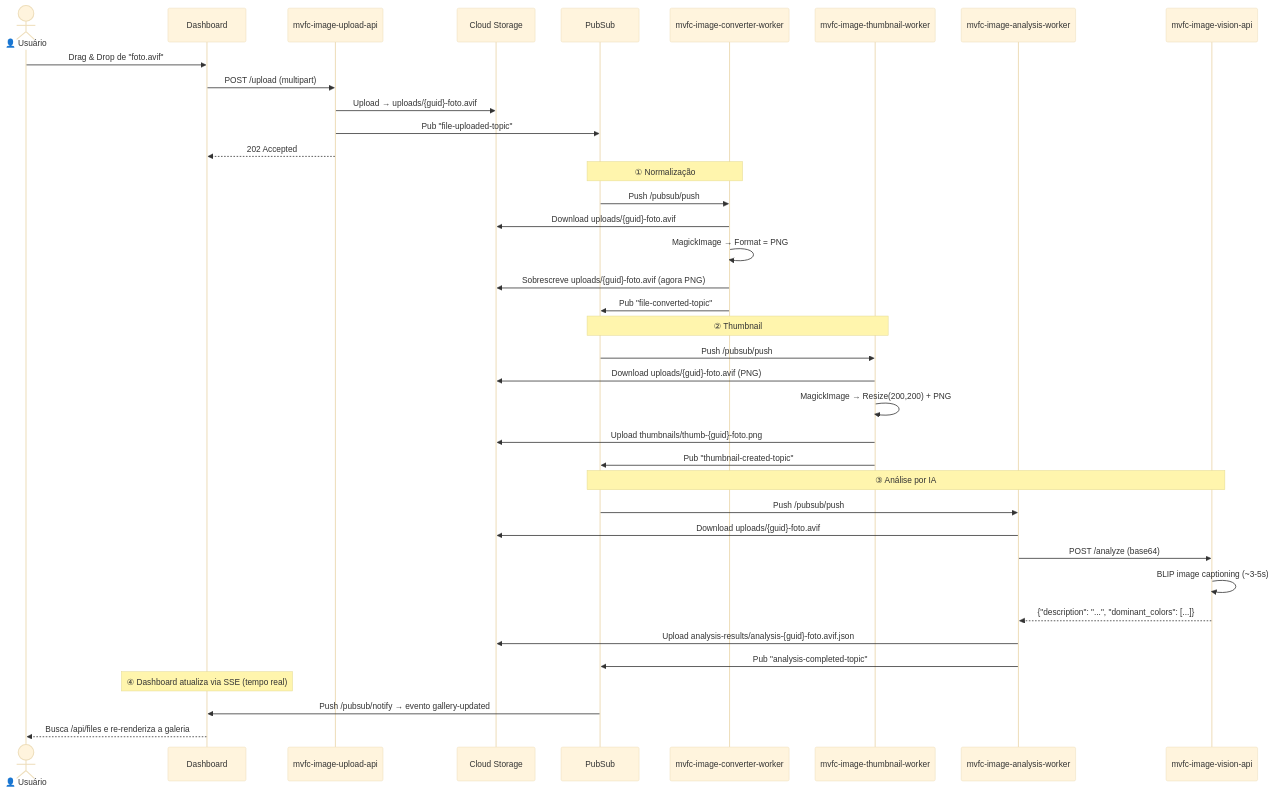
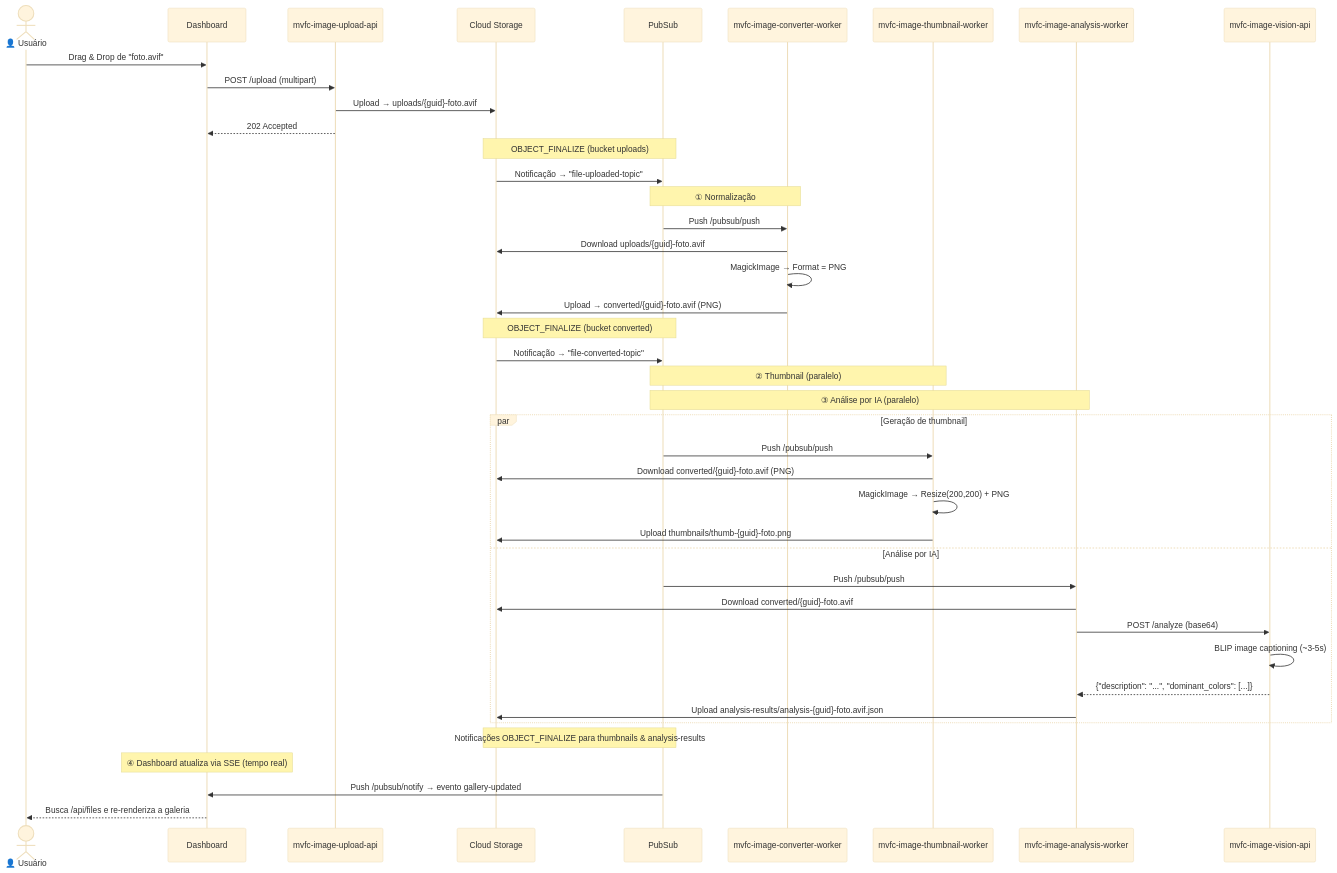
One commit to Marcus-V-Freitas/MVFC.ImageProcessing changed the second of 6 diagrams in README.pt-BR.md. Above: the diagram before and after it, drawn with Mermaid (base theme). The commit also changed other lines of this file and 48 other files, not shown here.

First line of the commit message:
feat(architecture): migrate pipeline to GCS Object Notifications

````diff
--- a/README.pt-BR.md
+++ b/README.pt-BR.md
@@ -132,48 +138,53 @@
 ```mermaid
 sequenceDiagram
     actor U as 👤 Usuário
     participant D as Dashboard
     participant API as mvfc-image-upload-api
     participant GCS as Cloud Storage
     participant PS as PubSub
     participant CONV as mvfc-image-converter-worker
     participant TW as mvfc-image-thumbnail-worker
     participant IA as mvfc-image-analysis-worker
     participant VA as mvfc-image-vision-api
 
     U->>D: Drag & Drop de "foto.avif"
     D->>API: POST /upload (multipart)
     API->>GCS: Upload → uploads/{guid}-foto.avif
-    API->>PS: Pub "file-uploaded-topic"
     API-->>D: 202 Accepted
+
+    Note over GCS,PS: OBJECT_FINALIZE (bucket uploads)
+    GCS->>PS: Notificação → "file-uploaded-topic"
 
     Note over PS,CONV: ① Normalização
 
     PS->>CONV: Push /pubsub/push
     CONV->>GCS: Download uploads/{guid}-foto.avif
     CONV->>CONV: MagickImage → Format = PNG
-    CONV->>GCS: Sobrescreve uploads/{guid}-foto.avif (agora PNG)
-    CONV->>PS: Pub "file-converted-topic"
+    CONV->>GCS: Upload → converted/{guid}-foto.avif (PNG)
 
-    Note over PS,TW: ② Thumbnail
+    Note over GCS,PS: OBJECT_FINALIZE (bucket converted)
+    GCS->>PS: Notificação → "file-converted-topic"
 
-    PS->>TW: Push /pubsub/push
-    TW->>GCS: Download uploads/{guid}-foto.avif (PNG)
-    TW->>TW: MagickImage → Resize(200,200) + PNG
-    TW->>GCS: Upload thumbnails/thumb-{guid}-foto.png
-    TW->>PS: Pub "thumbnail-created-topic"
+    Note over PS,TW: ② Thumbnail (paralelo)
+    Note over PS,IA: ③ Análise por IA (paralelo)
 
-    Note over PS,VA: ③ Análise por IA
+    par Geração de thumbnail
+        PS->>TW: Push /pubsub/push
+        TW->>GCS: Download converted/{guid}-foto.avif (PNG)
+        TW->>TW: MagickImage → Resize(200,200) + PNG
+        TW->>GCS: Upload thumbnails/thumb-{guid}-foto.png
+    and Análise por IA
+        PS->>IA: Push /pubsub/push
+        IA->>GCS: Download converted/{guid}-foto.avif
+        IA->>VA: POST /analyze (base64)
+        VA->>VA: BLIP image captioning (~3-5s)
+        VA-->>IA: {"description": "...", "dominant_colors": [...]}
+        IA->>GCS: Upload analysis-results/analysis-{guid}-foto.avif.json
+    end
 
-    PS->>IA: Push /pubsub/push
-    IA->>GCS: Download uploads/{guid}-foto.avif
-    IA->>VA: POST /analyze (base64)
-    VA->>VA: BLIP image captioning (~3-5s)
-    VA-->>IA: {"description": "...", "dominant_colors": [...]}
-    IA->>GCS: Upload analysis-results/analysis-{guid}-foto.avif.json
-    IA->>PS: Pub "analysis-completed-topic"
+    Note over GCS,PS: Notificações OBJECT_FINALIZE para thumbnails & analysis-results
 
     Note over D: ④ Dashboard atualiza via SSE (tempo real)
     PS->>D: Push /pubsub/notify → evento gallery-updated
     D-->>U: Busca /api/files e re-renderiza a galeria
 ```
````
